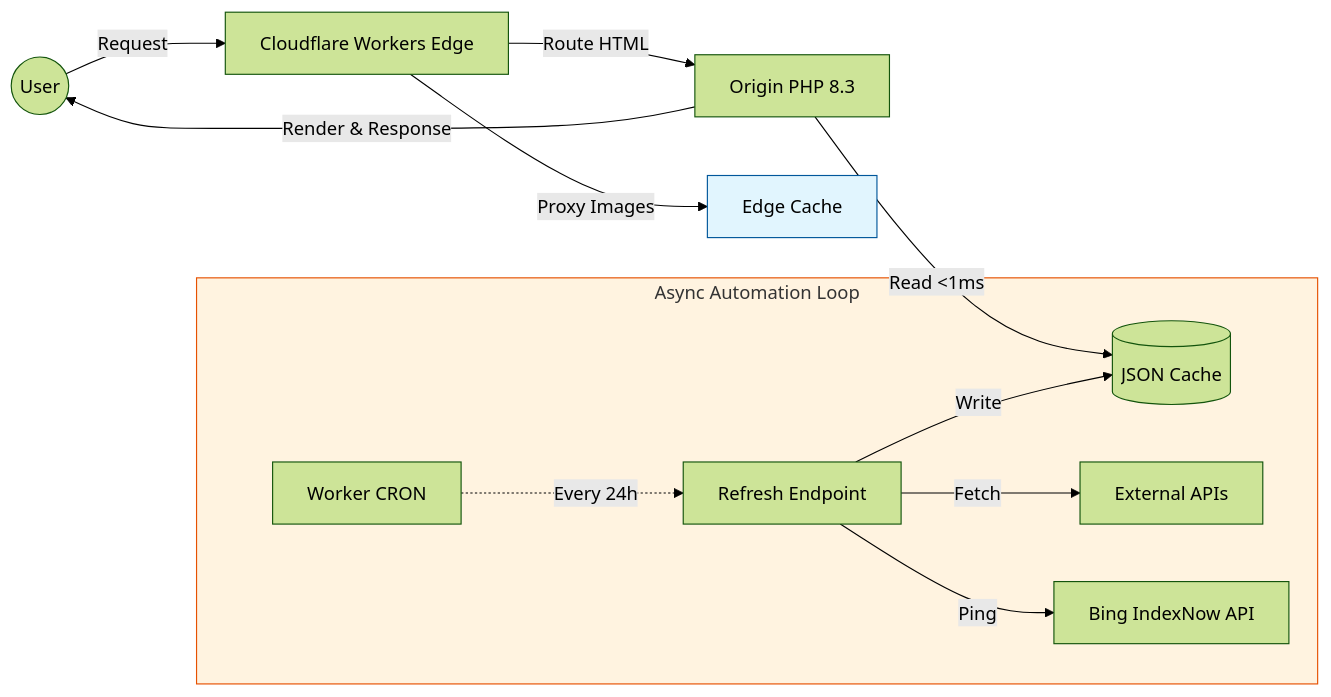
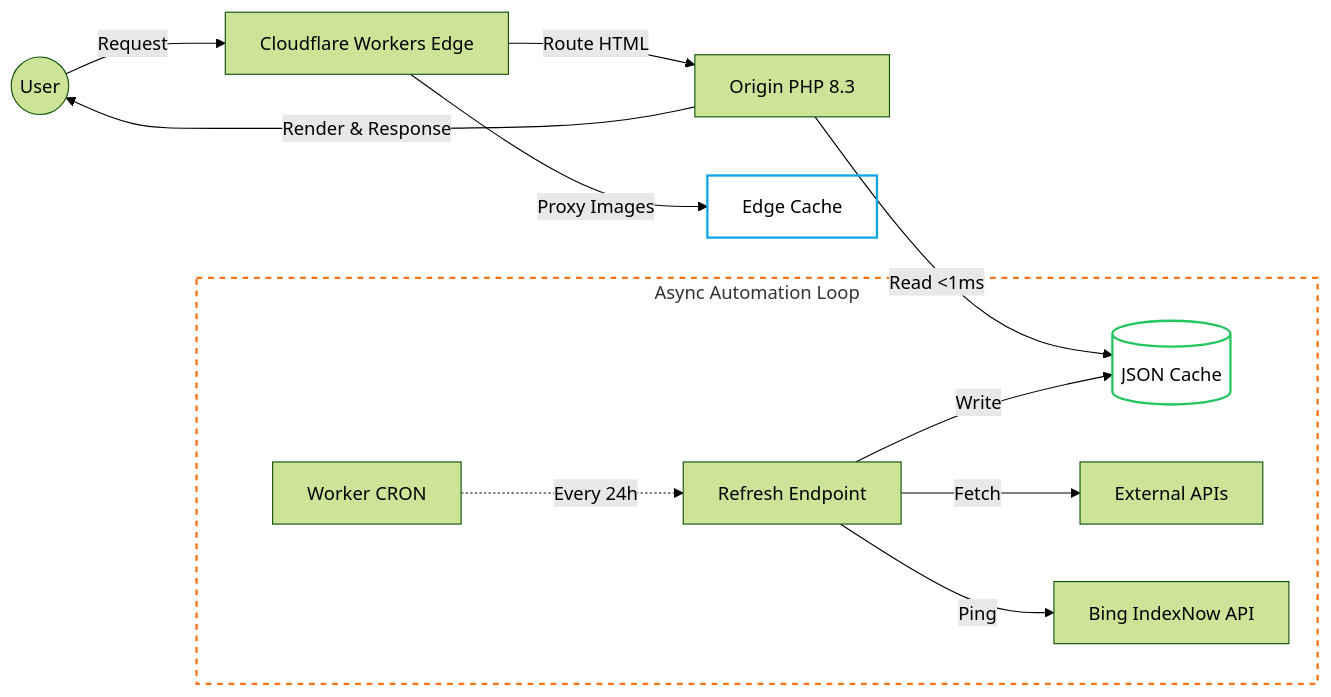
Before and after one commit to kszdevlab/banking-comparison-architecture: the diagram in README.md, drawn with Mermaid (forest theme). The commit also changed other lines of this file, not shown here.

Commit message:
Update README.md (mermaind styles dark)

````diff
--- a/README.md
+++ b/README.md
@@ -41,21 +41,26 @@
 ```mermaid
 graph LR
     %% USER
     User((User)) -->|Request| CF[Cloudflare Workers Edge]
     CF -->|Proxy Images| EdgeCache[Edge Cache]
     CF -->|Route HTML| Origin[Origin PHP 8.3]
     Origin -->|Read <1ms| DataCache[(JSON Cache)]
     Origin -->|Render & Response| User
 
     %% Update
     subgraph Automation [Async Automation Loop]
         Cron[Worker CRON] -.->|Every 24h| Refresh[Refresh Endpoint]
         Refresh -->|Fetch| BankAPI[External APIs]
         Refresh -->|Write| DataCache
         Refresh -->|Ping| IndexNow[Bing IndexNow API]
     end
     
     %% css
-    style EdgeCache fill:#e1f5fe,stroke:#01579b
-    style Automation fill:#fff3e0,stroke:#e65100
+    classDef edgeClass fill:transparent,stroke:#0ea5e9,stroke-width:2px;
+    classDef dataClass fill:transparent,stroke:#22c55e,stroke-width:2px;
+    
+    class EdgeCache edgeClass;
+    class DataCache dataClass;
+    
+    style Automation fill:transparent,stroke:#f97316,stroke-width:2px,stroke-dasharray: 5 5;
 ```
````
